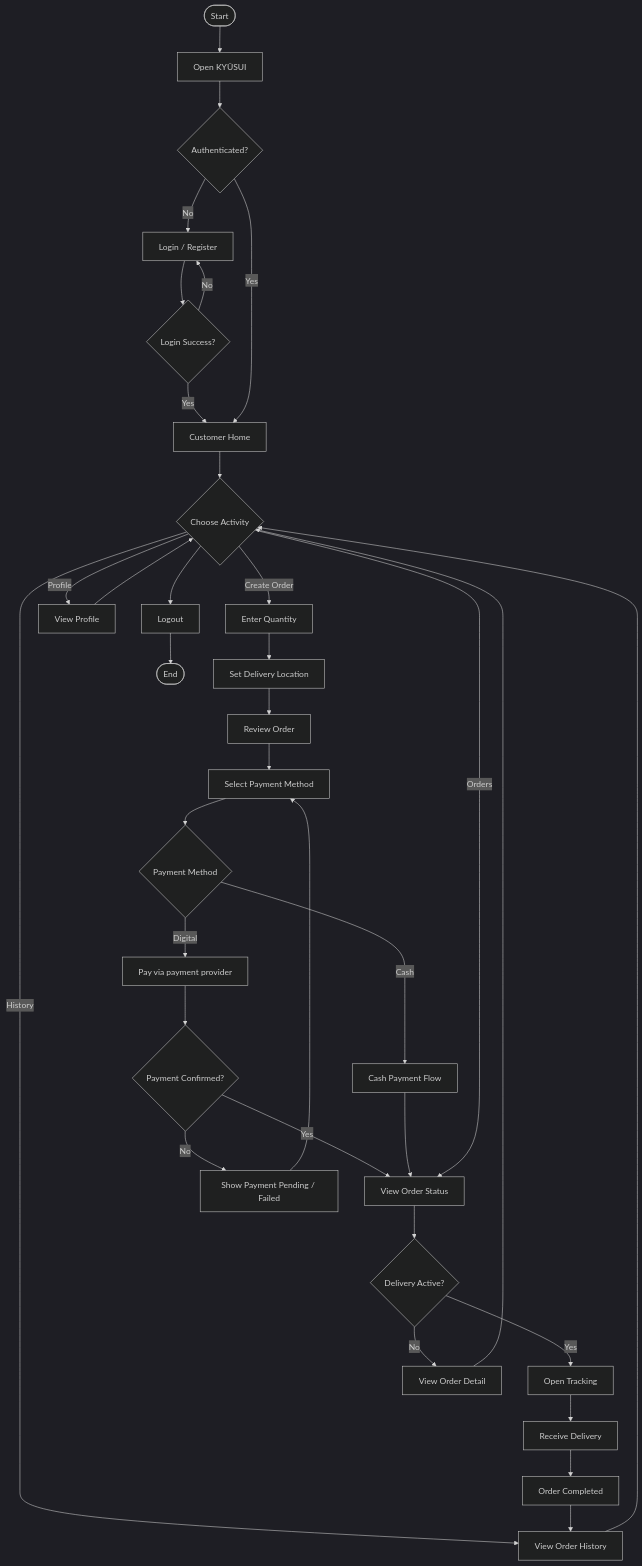
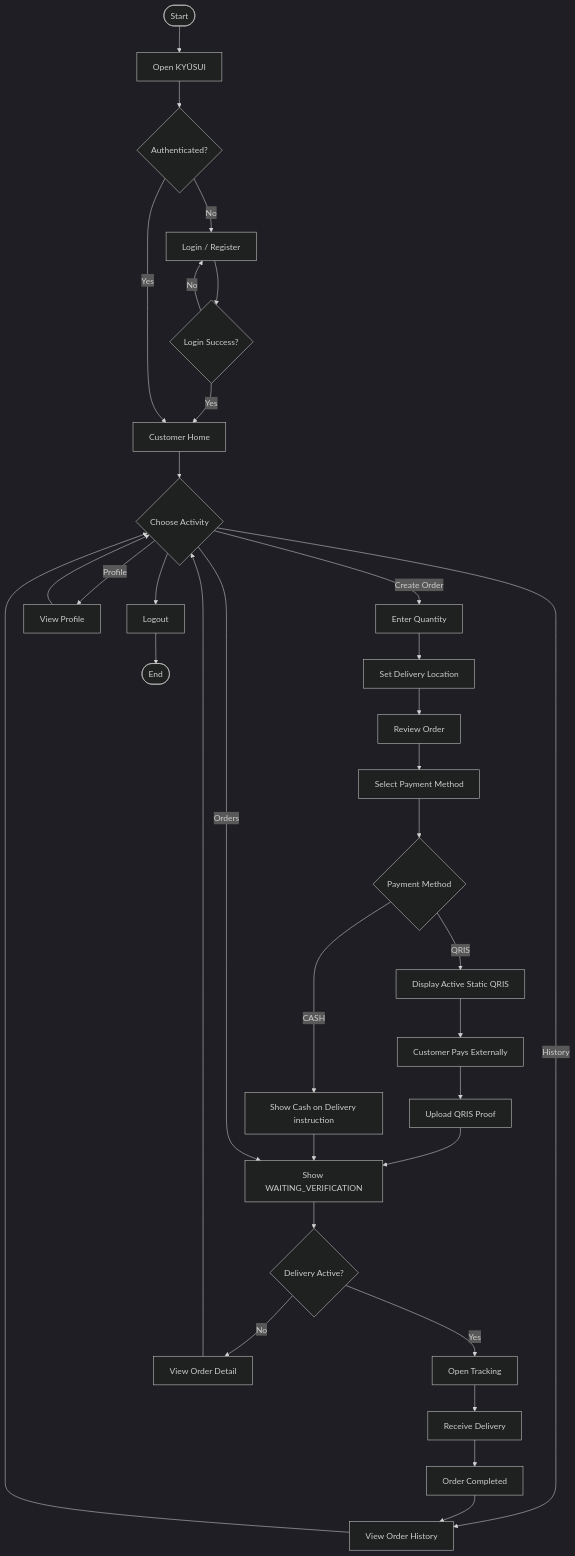
One commit to RadinataP/kyusui changed the second of 23 diagrams in docs/04_KYUSUI_SYSTEM_WORKFLOW_REBUILT.md. Above: the diagram before and after it, drawn with Mermaid (dark theme). The commit also changed other lines of this file and 3 other files, not shown here.

````diff
--- a/docs/04_KYUSUI_SYSTEM_WORKFLOW_REBUILT.md
+++ b/docs/04_KYUSUI_SYSTEM_WORKFLOW_REBUILT.md
@@ -413,49 +410,46 @@
 ``` mermaid
 flowchart TD
     A([Start]) --> B[Open KYŪSUI]
     B --> C{Authenticated?}
 
     C -- No --> D[Login / Register]
     D --> E{Login Success?}
     E -- No --> D
     E -- Yes --> F[Customer Home]
 
     C -- Yes --> F
 
     F --> G{Choose Activity}
 
     G -- Create Order --> H[Enter Quantity]
     H --> I[Set Delivery Location]
     I --> J[Review Order]
     J --> K[Select Payment Method]
 
     K --> L{Payment Method}
-    L -- Digital --> M[Pay via payment provider]
-    L -- Cash --> N[Cash Payment Flow]
-
-    M --> O{Payment Confirmed?}
-    O -- Yes --> P[View Order Status]
-    O -- No --> Q[Show Payment Pending / Failed]
-    Q --> K
-
-    N --> P
+    L -- QRIS --> M[Display Active Static QRIS]
+    M --> N[Customer Pays Externally]
+    N --> O[Upload QRIS Proof]
+    O --> P[Show WAITING_VERIFICATION]
+    L -- CASH --> Q[Show Cash on Delivery instruction]
+    Q --> P
 
     G -- Orders --> P
     P --> R{Delivery Active?}
     R -- Yes --> S[Open Tracking]
     R -- No --> T[View Order Detail]
 
     G -- History --> U[View Order History]
     G -- Profile --> V[View Profile]
 
     S --> W[Receive Delivery]
     W --> X[Order Completed]
     X --> U
 
     T --> G
     U --> G
     V --> G
 
     G --> Y[Logout]
     Y --> Z([End])
 ```
````
